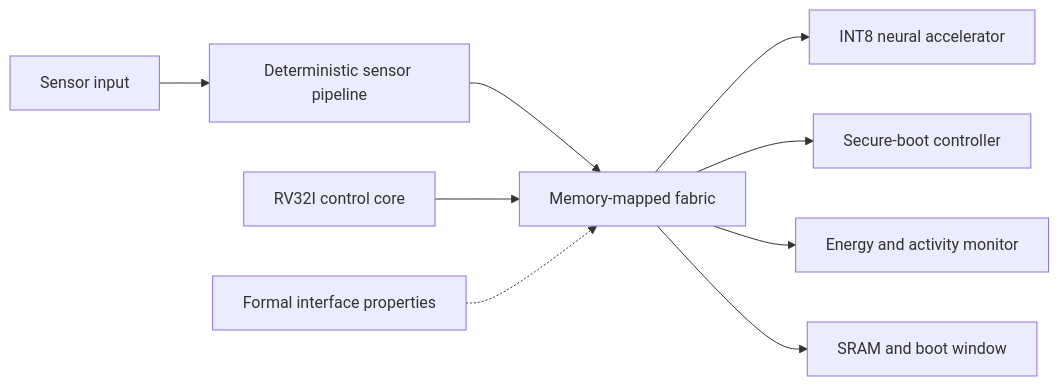
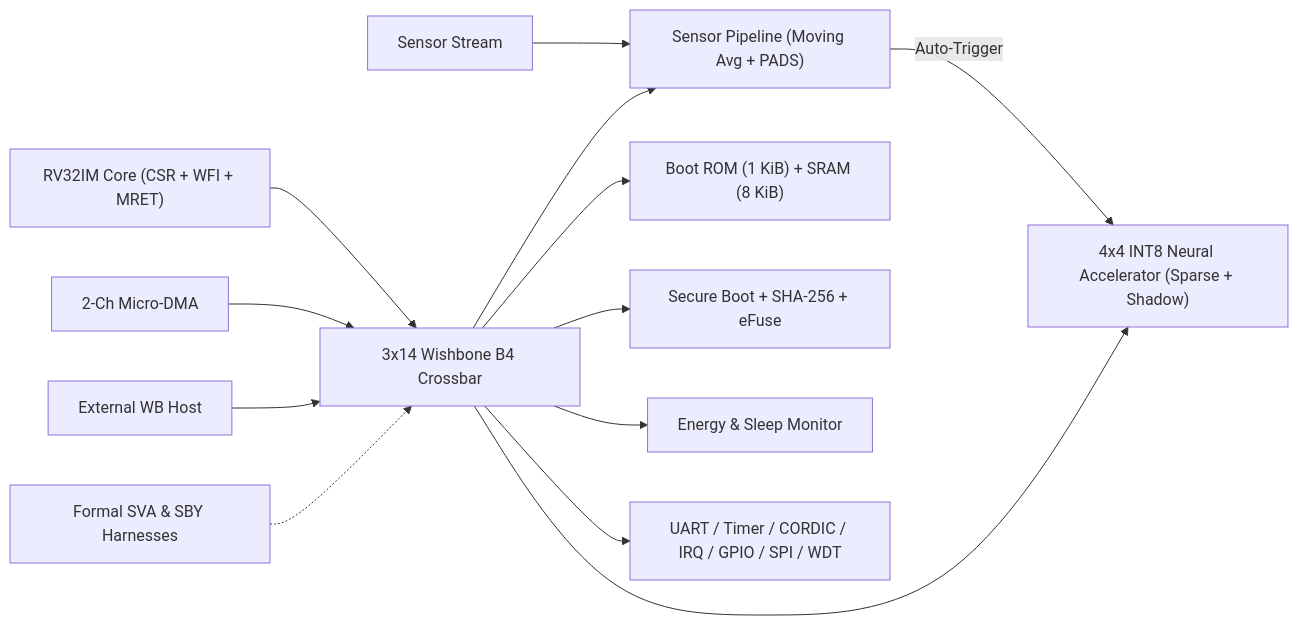
One commit to ak495867/ORX-1 changed the diagram in README.md. Above: the diagram before and after it, drawn with Mermaid. The commit also changed other lines of this file, not shown here.

````diff
--- a/README.md
+++ b/README.md
@@ -28,11 +29,15 @@
 ```mermaid
 flowchart LR
-  S[Sensor input] --> P[Deterministic sensor pipeline]
-  P --> M[Memory-mapped fabric]
-  C[RV32I control core] --> M
-  M --> A[INT8 neural accelerator]
-  M --> B[Secure-boot controller]
-  M --> E[Energy and activity monitor]
-  M --> R[SRAM and boot window]
-  F[Formal interface properties] -.-> M
+  S["Sensor Stream"] --> P["Sensor Pipeline (Moving Avg + PADS)"]
+  P -->|"Auto-Trigger"| A["4x4 INT8 Neural Accelerator (Sparse + Shadow)"]
+  C["RV32IM Core (CSR + WFI + MRET)"] --> M["3x14 Wishbone B4 Crossbar"]
+  D["2-Ch Micro-DMA"] --> M
+  H["External WB Host"] --> M
+  M --> R["Boot ROM (1 KiB) + SRAM (8 KiB)"]
+  M --> P
+  M --> A
+  M --> B["Secure Boot + SHA-256 + eFuse"]
+  M --> E["Energy & Sleep Monitor"]
+  M --> IO["UART / Timer / CORDIC / IRQ / GPIO / SPI / WDT"]
+  F["Formal SVA & SBY Harnesses"] -.-> M
 ```
````
